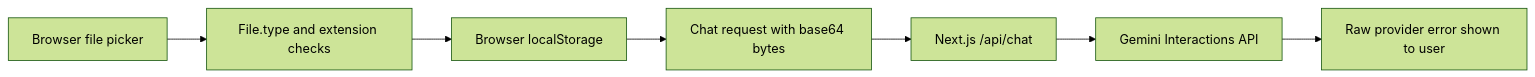
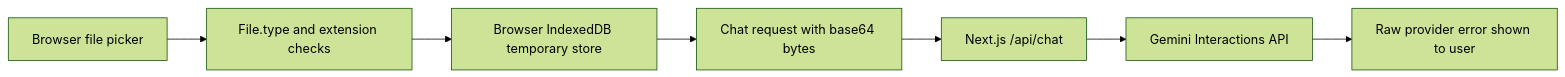
The diagram in docs/debug/FILE_INGESTION_CURRENT_STATE.md (soilsystems/companybrain), drawn with Mermaid (forest theme) before and after one commit. The commit also changed other lines of this file and 6 other files, not shown here.

````diff
--- a/docs/debug/FILE_INGESTION_CURRENT_STATE.md
+++ b/docs/debug/FILE_INGESTION_CURRENT_STATE.md
@@ -10,9 +12,9 @@
 ```mermaid
 flowchart LR
   B[Browser file picker] --> F[File.type and extension checks]
-  F --> L[Browser localStorage]
+  F --> L[Browser IndexedDB temporary store]
   L --> C[Chat request with base64 bytes]
   C --> N[Next.js /api/chat]
   N --> G[Gemini Interactions API]
   G --> U[Raw provider error shown to user]
 ```
````
